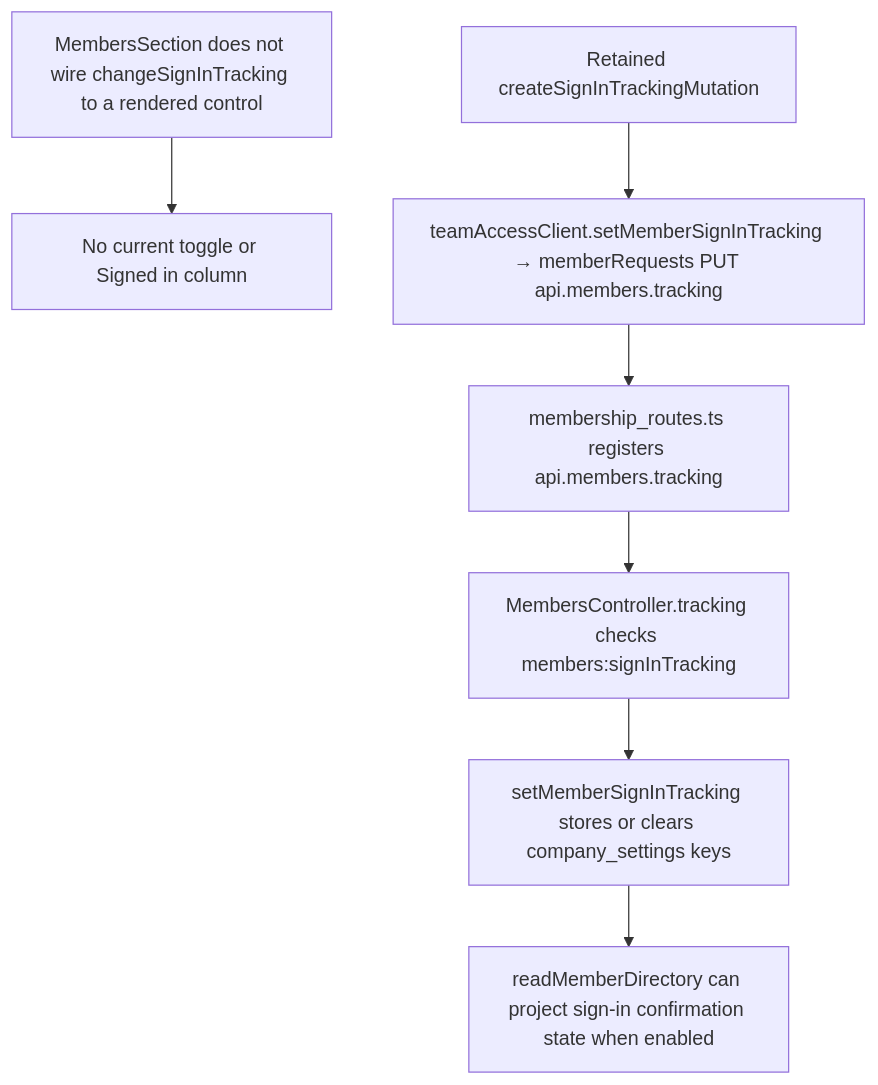
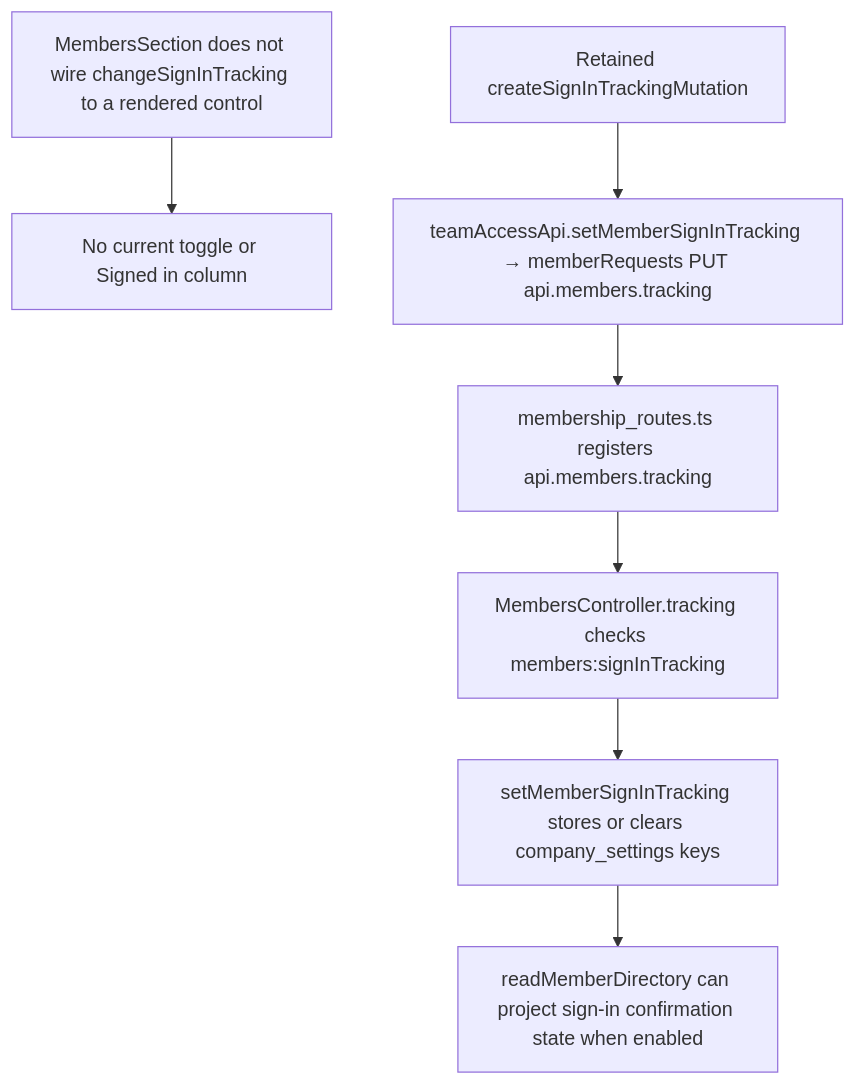
The second of 2 diagrams in user-stories/team/US-TEAM-11-sign-in-tracking.md (Kevinjohn/capacitylens), drawn with Mermaid before and after one commit. The commit also changed other lines of this file and 79 other files, not shown here.

First line of the commit message:
Client to Api: rename the typed HTTP modules

````diff
--- a/user-stories/team/US-TEAM-11-sign-in-tracking.md
+++ b/user-stories/team/US-TEAM-11-sign-in-tracking.md
@@ -33,9 +33,9 @@
 ```mermaid
 flowchart TD
     Screen["MembersSection does not wire changeSignInTracking to a rendered control"] --> NoEntry["No current toggle or Signed in column"]
-    Hook["Retained createSignInTrackingMutation"] --> Client["teamAccessClient.setMemberSignInTracking → memberRequests PUT api.members.tracking"]
+    Hook["Retained createSignInTrackingMutation"] --> Client["teamAccessApi.setMemberSignInTracking → memberRequests PUT api.members.tracking"]
     Client --> Route["membership_routes.ts registers api.members.tracking"]
     Route --> Controller["MembersController.tracking checks members:signInTracking"]
     Controller --> Service["setMemberSignInTracking stores or clears company_settings keys"]
     Service --> Directory["readMemberDirectory can project sign-in confirmation state when enabled"]
 ```
````
